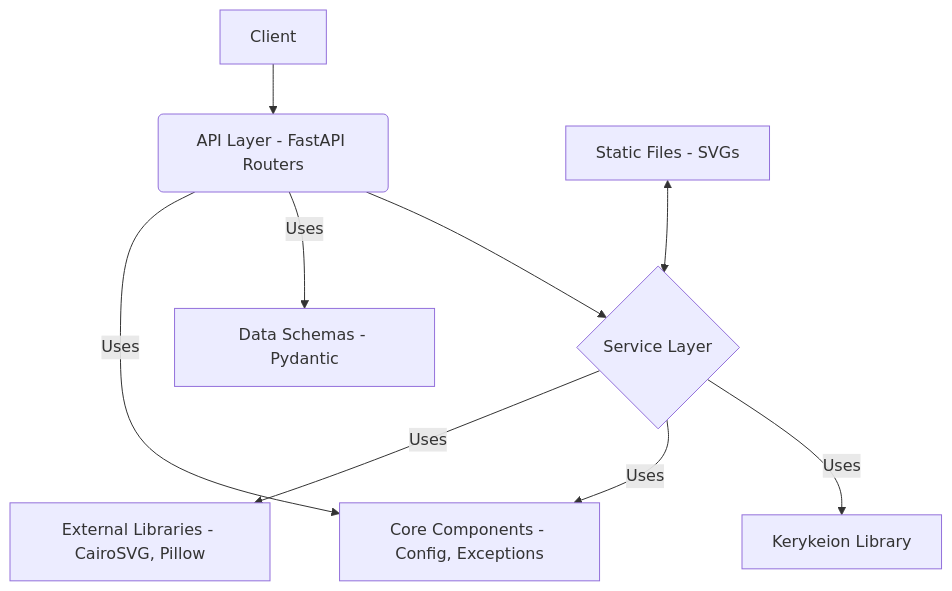
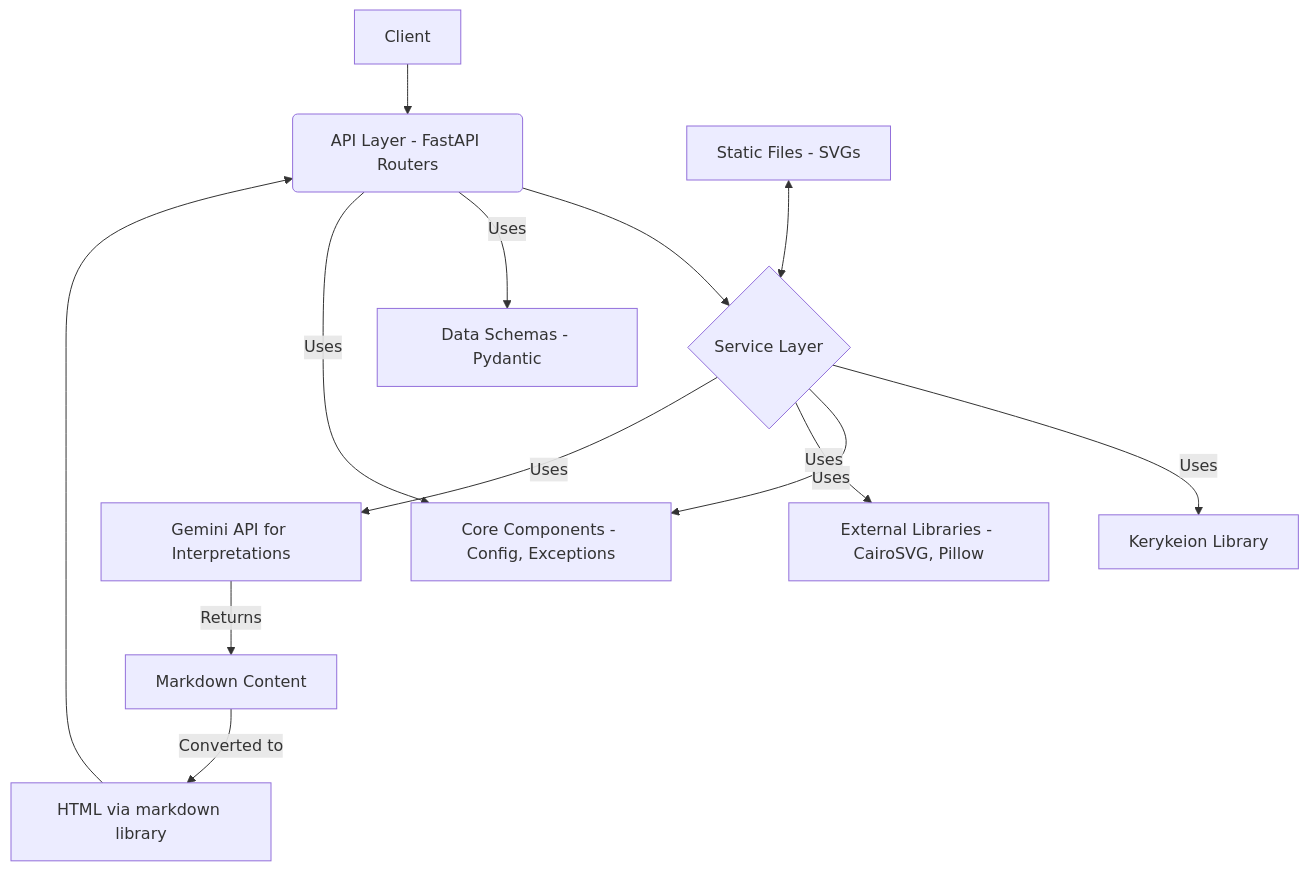
One commit to gsinghjay/zodiac-engine changed the diagram in memory-bank/systemPatterns.md. Above: the diagram before and after it, drawn with Mermaid. The commit also changed other lines of this file, not shown here.

Commit message:
docs: update system patterns with markdown formatting pattern

````diff
--- a/memory-bank/systemPatterns.md
+++ b/memory-bank/systemPatterns.md
@@ -29,11 +31,15 @@
 ```mermaid
 graph TD
     A[Client] --> B(API Layer - FastAPI Routers);
     B --> C{Service Layer};
     C -- Uses --> D[Kerykeion Library];
     C -- Uses --> E[Core Components - Config, Exceptions];
     B -- Uses --> F[Data Schemas - Pydantic];
     B -- Uses --> E;
     G[Static Files - SVGs] <--> C;
     C -- Uses --> H[External Libraries - CairoSVG, Pillow];
+    C -- Uses --> I[Gemini API for Interpretations];
+    I -- Returns --> J[Markdown Content];
+    J -- Converted to --> K[HTML via markdown library];
+    K --> B;
 ```
````
